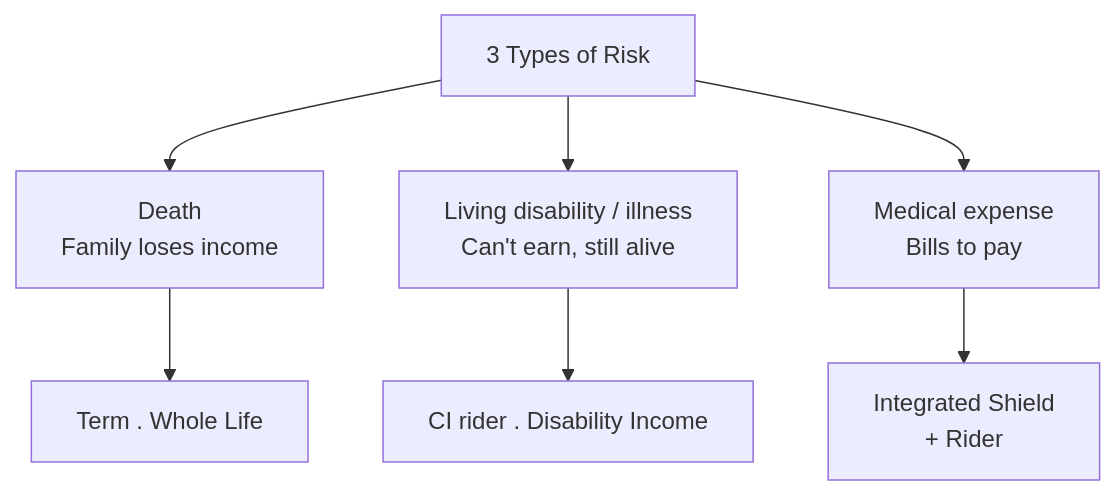
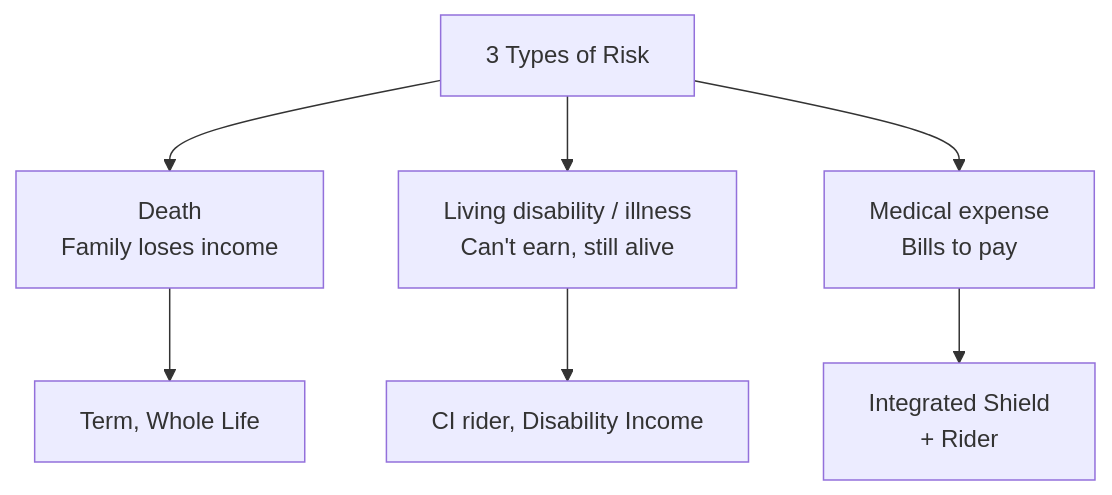
One commit to leotansingapore/aia-product-compass-hub changed the first of 2 diagrams in docs/first-60-days/week-10/day-56.md. Above: the diagram before and after it, drawn with Mermaid. The commit also changed other lines of this file and 56 other files, not shown here.

Commit message:
Readability pass across first-60-days: styled HTML to tables/diagrams, cleaner formatting, no leaked metadata

````diff
--- a/docs/first-60-days/week-10/day-56.md
+++ b/docs/first-60-days/week-10/day-56.md
@@ -431,10 +431,10 @@
 ```mermaid
 flowchart TD
     A["3 Types of Risk"]
     A --> B["Death<br/>Family loses income"]
     A --> C["Living disability / illness<br/>Can't earn, still alive"]
     A --> D["Medical expense<br/>Bills to pay"]
-    B --> B1["Term . Whole Life"]
-    C --> C1["CI rider . Disability Income"]
+    B --> B1["Term, Whole Life"]
+    C --> C1["CI rider, Disability Income"]
     D --> D1["Integrated Shield<br/>+ Rider"]
 ```
````
